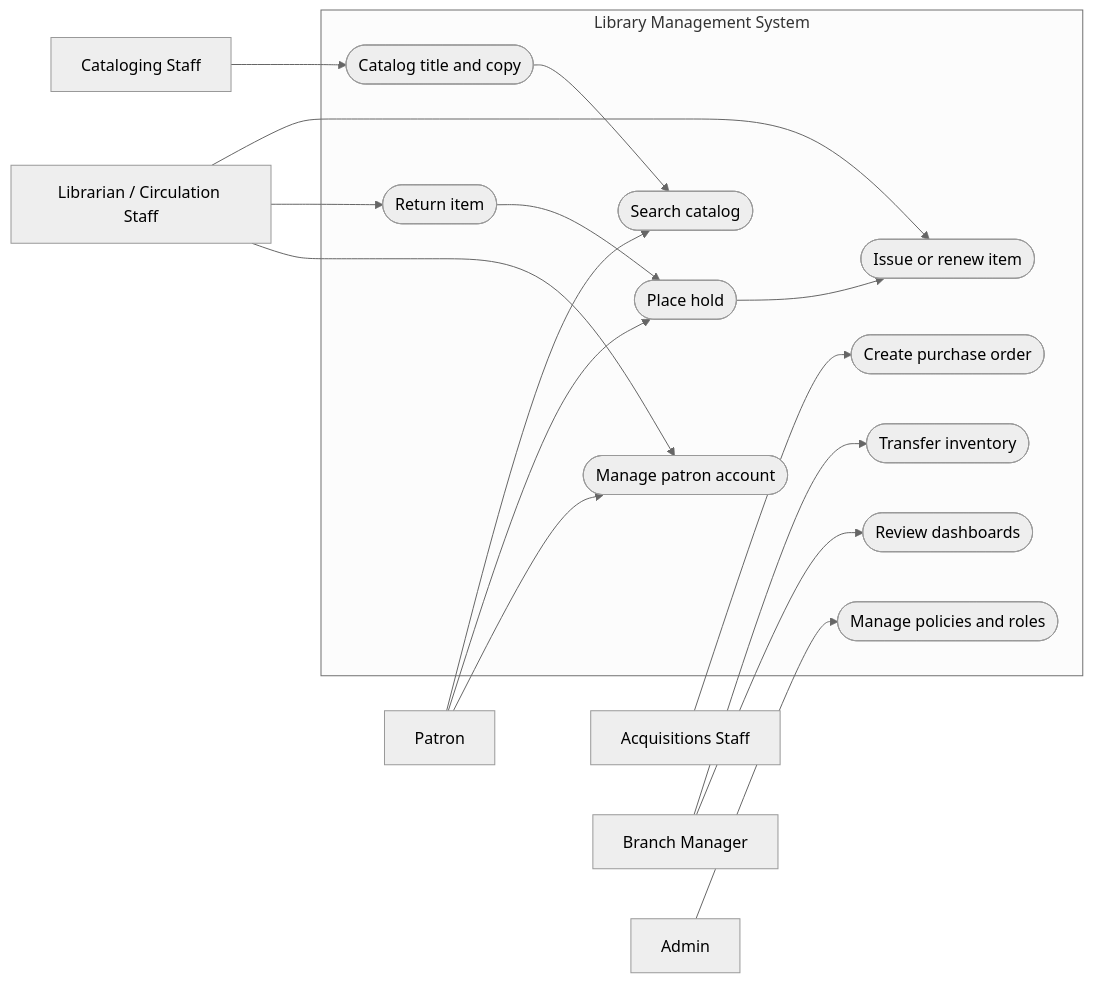
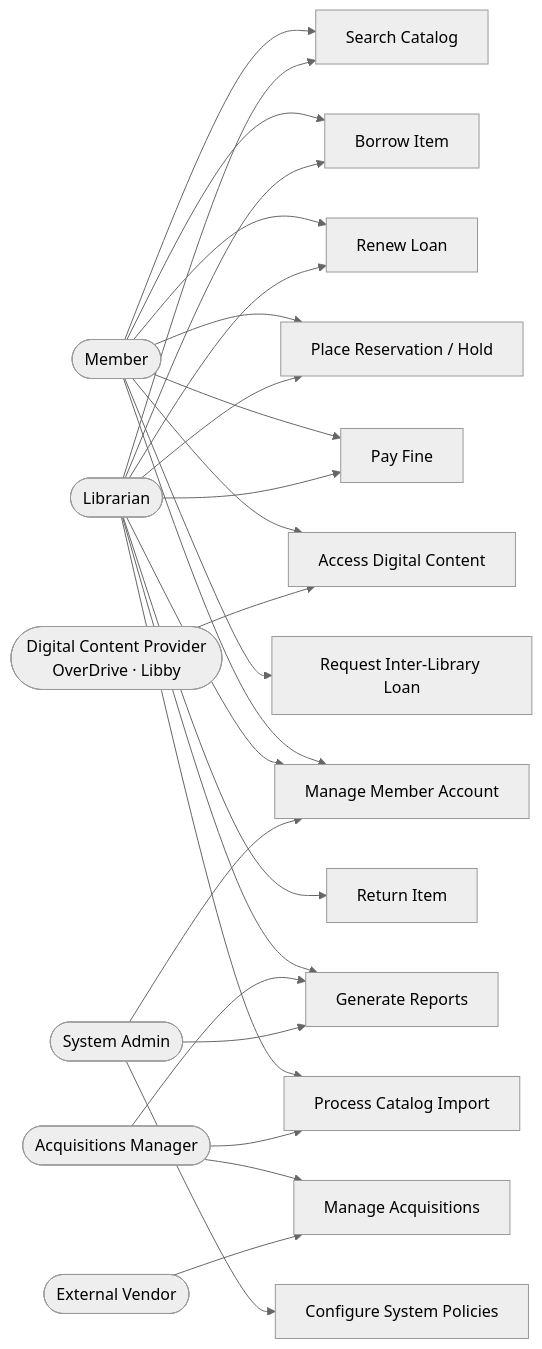
Before and after one commit to 0Ankit0/Project-Ideas: the diagram in Library Management System/analysis/use-case-diagram.md, drawn with Mermaid (neutral theme). The commit also changed other lines of this file and 25 other files, not shown here.

Commit message:
docs(library-management-system): expand documentation to production-grade spec

````diff
--- a/Library Management System/analysis/use-case-diagram.md
+++ b/Library Management System/analysis/use-case-diagram.md
@@ -3,37 +32,53 @@
 ```mermaid
 flowchart LR
-    patron[Patron]
-    librarian[Librarian / Circulation Staff]
-    cataloger[Cataloging Staff]
-    acq[Acquisitions Staff]
-    manager[Branch Manager]
-    admin[Admin]
+    Member([Member])
+    Librarian([Librarian])
+    AcqManager([Acquisitions Manager])
+    SysAdmin([System Admin])
+    ExtVendor([External Vendor])
+    DCP([Digital Content Provider\nOverDrive · Libby])
 
-    subgraph system[Library Management System]
-        uc1([Search catalog])
-        uc2([Place hold])
-        uc3([Issue or renew item])
-        uc4([Return item])
-        uc5([Manage patron account])
-        uc6([Catalog title and copy])
-        uc7([Create purchase order])
-        uc8([Transfer inventory])
-        uc9([Review dashboards])
-        uc10([Manage policies and roles])
-    end
+    SearchCatalog[Search Catalog]
+    BorrowItem[Borrow Item]
+    ReturnItem[Return Item]
+    RenewLoan[Renew Loan]
+    PlaceReservation[Place Reservation / Hold]
+    PayFine[Pay Fine]
+    AccessDigital[Access Digital Content]
+    RequestILL[Request Inter-Library Loan]
+    ManageAcquisitions[Manage Acquisitions]
+    GenerateReports[Generate Reports]
+    ManageMemberAccount[Manage Member Account]
+    ConfigurePolicies[Configure System Policies]
+    ProcessCatalogImport[Process Catalog Import]
 
-    patron --> uc1
-    patron --> uc2
-    patron --> uc5
-    librarian --> uc3
-    librarian --> uc4
-    librarian --> uc5
-    cataloger --> uc6
-    acq --> uc7
-    manager --> uc8
-    manager --> uc9
-    admin --> uc10
-    uc6 --> uc1
-    uc2 --> uc3
-    uc4 --> uc2
+    Member --> SearchCatalog
+    Member --> BorrowItem
+    Member --> RenewLoan
+    Member --> PlaceReservation
+    Member --> PayFine
+    Member --> AccessDigital
+    Member --> RequestILL
+    Member --> ManageMemberAccount
+
+    Librarian --> SearchCatalog
+    Librarian --> BorrowItem
+    Librarian --> ReturnItem
+    Librarian --> RenewLoan
+    Librarian --> PlaceReservation
+    Librarian --> PayFine
+    Librarian --> ManageMemberAccount
+    Librarian --> GenerateReports
+    Librarian --> ProcessCatalogImport
+
+    AcqManager --> ManageAcquisitions
+    AcqManager --> GenerateReports
+    AcqManager --> ProcessCatalogImport
+
+    SysAdmin --> ConfigurePolicies
+    SysAdmin --> GenerateReports
+    SysAdmin --> ManageMemberAccount
+
+    ExtVendor --> ManageAcquisitions
+    DCP --> AccessDigital
 ```
````
